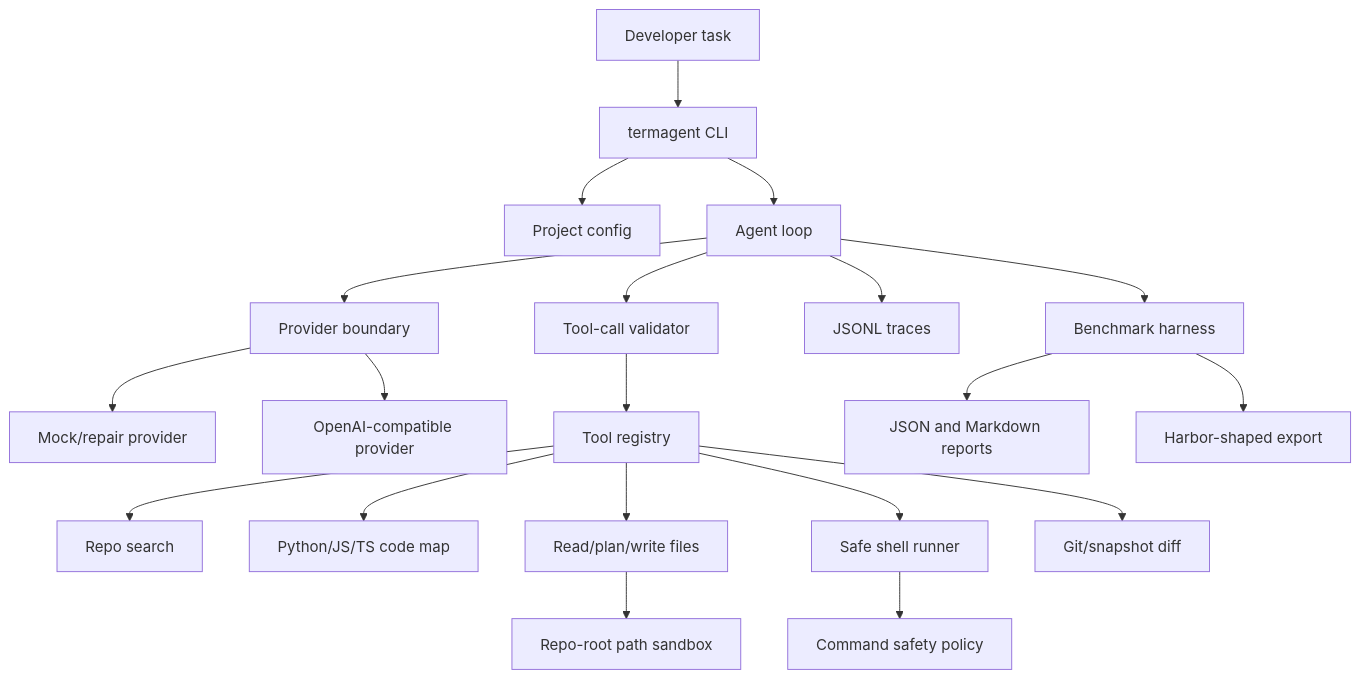
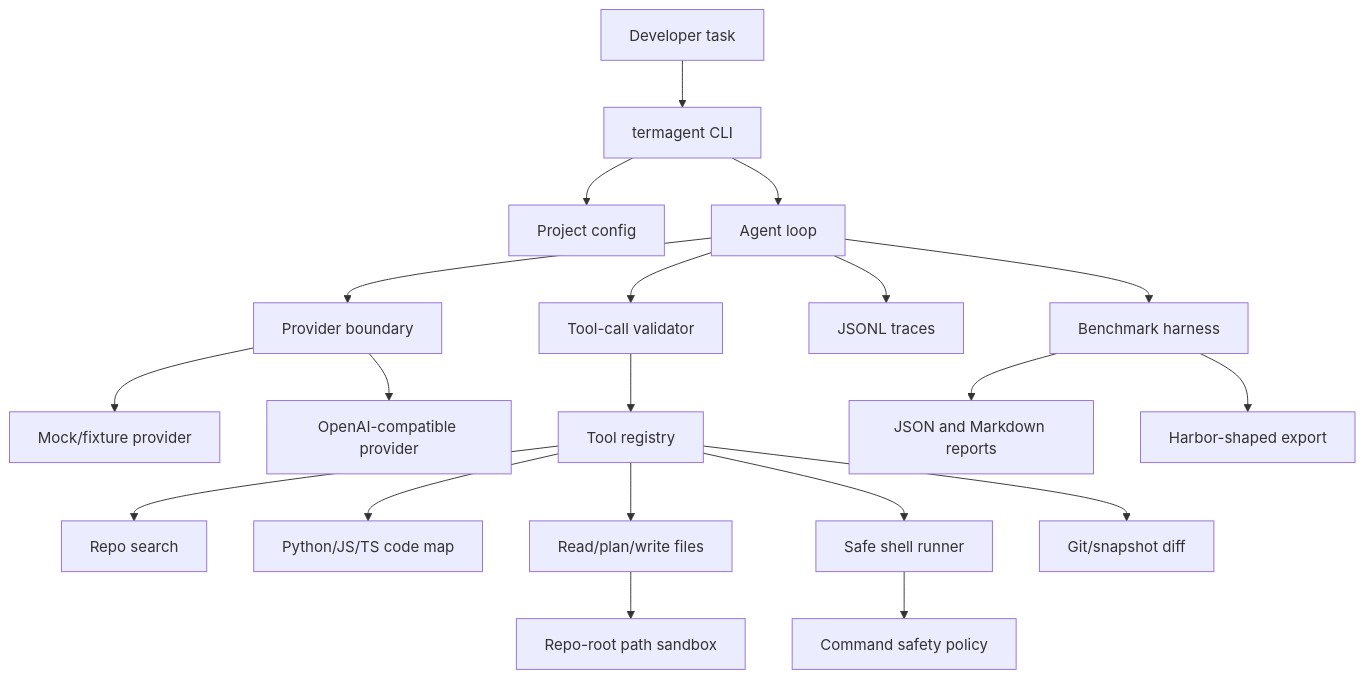
One commit to Rohanasudani/terminal-coding-agent changed the diagram in docs/architecture-diagram.md. Above: the diagram before and after it, drawn with Mermaid. The commit also changed 30 other files, not shown here.

Commit message:
Harden command safety and isolate fixture provider

````diff
--- a/docs/architecture-diagram.md
+++ b/docs/architecture-diagram.md
@@ -3,22 +3,22 @@
 ```mermaid
 flowchart TD
     User[Developer task] --> CLI[termagent CLI]
     CLI --> Config[Project config]
     CLI --> Agent[Agent loop]
     Agent --> Provider[Provider boundary]
-    Provider --> Mock[Mock/repair provider]
+    Provider --> Mock[Mock/fixture provider]
     Provider --> OpenAI[OpenAI-compatible provider]
     Agent --> Validator[Tool-call validator]
     Validator --> Tools[Tool registry]
     Tools --> Search[Repo search]
     Tools --> CodeMap[Python/JS/TS code map]
     Tools --> Files[Read/plan/write files]
     Tools --> Shell[Safe shell runner]
     Tools --> Diff[Git/snapshot diff]
     Files --> Sandbox[Repo-root path sandbox]
     Shell --> Policy[Command safety policy]
     Agent --> Trace[JSONL traces]
     Agent --> Bench[Benchmark harness]
     Bench --> Reports[JSON and Markdown reports]
     Bench --> Harbor[Harbor-shaped export]
 ```
````
